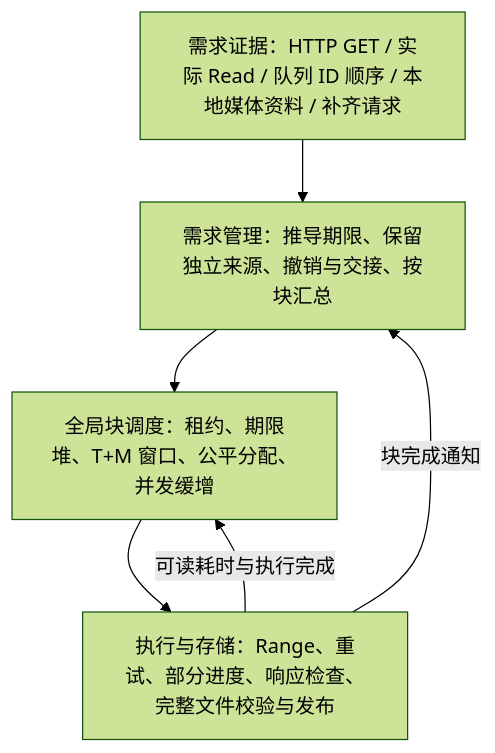
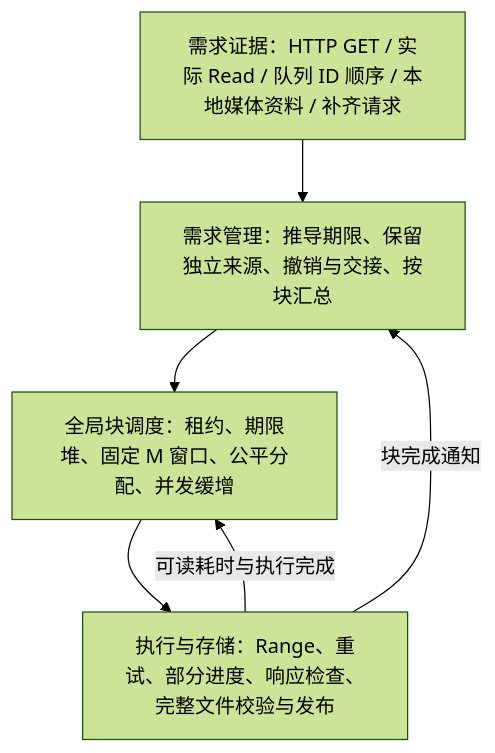
Before and after one commit to SW26010/still-wanna-dance: the diagram in docs/block-scheduler-design.md, drawn with Mermaid (forest theme). The commit also changed other lines of this file and 23 other files, not shown here.

````diff
--- a/docs/block-scheduler-design.md
+++ b/docs/block-scheduler-design.md
@@ -28,10 +28,10 @@
 ```mermaid
 flowchart TD
     A["需求证据：HTTP GET / 实际 Read / 队列 ID 顺序 / 本地媒体资料 / 补齐请求"]
     B["需求管理：推导期限、保留独立来源、撤销与交接、按块汇总"]
-    C["全局块调度：租约、期限堆、T+M 窗口、公平分配、并发缓增"]
+    C["全局块调度：租约、期限堆、固定 M 窗口、公平分配、并发缓增"]
     D["执行与存储：Range、重试、部分进度、响应检查、完整文件校验与发布"]
     A --> B --> C --> D
     D -->|"可读耗时与执行完成"| C
     D -->|"块完成通知"| B
 ```
````
